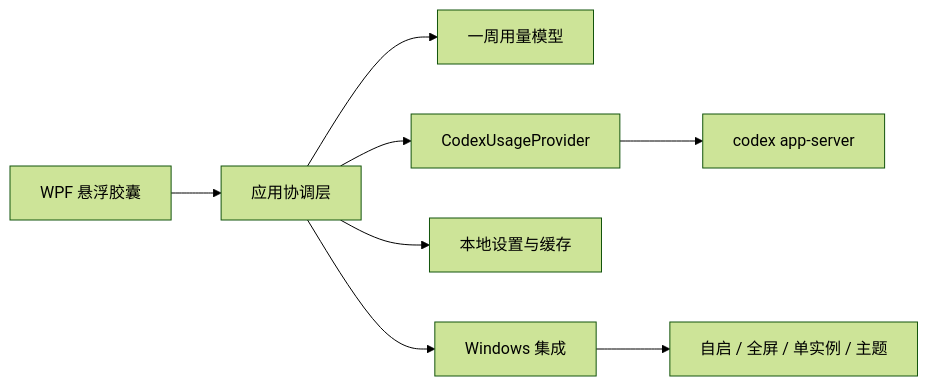
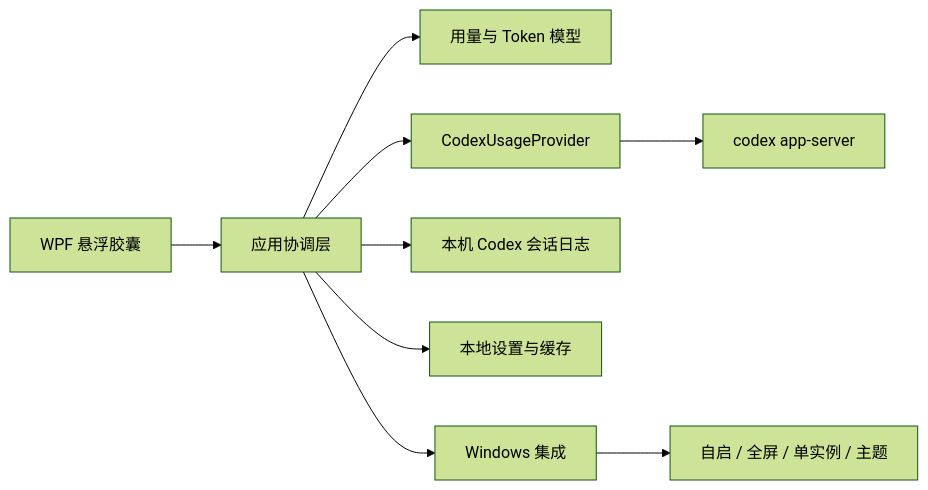
The diagram in docs/architecture.md (DuanJinTaoToday/codex-remaining), drawn with Mermaid (forest theme) before and after one commit. The commit also changed other lines of this file and 22 other files, not shown here.

````diff
--- a/docs/architecture.md
+++ b/docs/architecture.md
@@ -5,10 +5,11 @@
 ```mermaid
 flowchart LR
     UI["WPF 悬浮胶囊"] --> APP["应用协调层"]
-    APP --> DOMAIN["一周用量模型"]
+    APP --> DOMAIN["用量与 Token 模型"]
     APP --> PROVIDER["CodexUsageProvider"]
     PROVIDER --> SERVER["codex app-server"]
+    APP --> SESSIONS["本机 Codex 会话日志"]
     APP --> STORE["本地设置与缓存"]
     APP --> WINDOWS["Windows 集成"]
     WINDOWS --> OS["自启 / 全屏 / 单实例 / 主题"]
 ```
````
